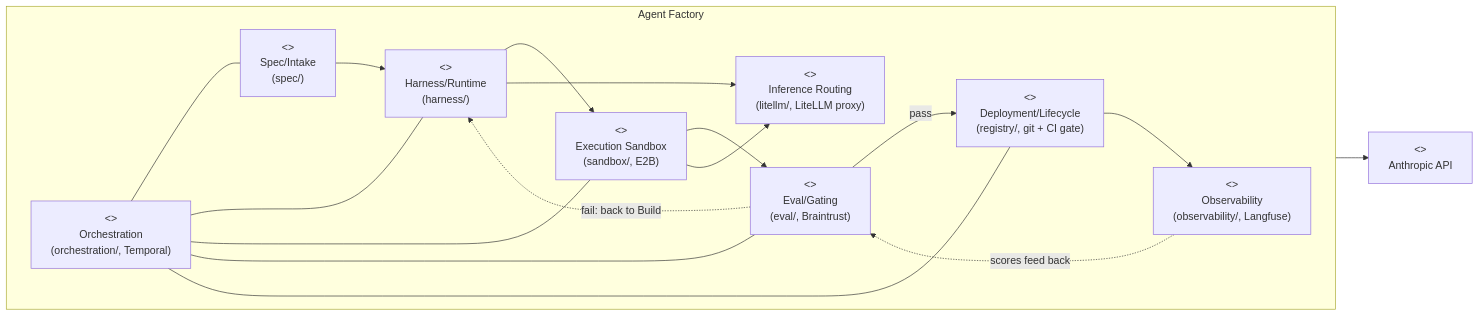
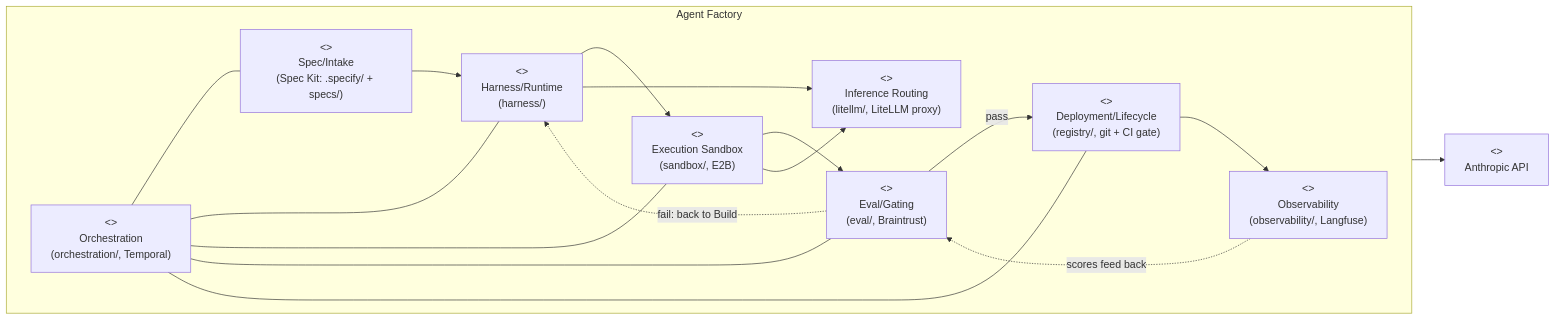
Before and after one commit to aheumaier/agentic_factory: the first of 2 diagrams in docs/20-c4-container.md, drawn with Mermaid. The commit also changed other lines of this file and 12 other files, not shown here.

First line of the commit message:
docs: move architecture docs under docs/, refresh status vs. real pipeline wiring, add multi-agent pipeline design proposal

````diff
--- a/docs/20-c4-container.md
+++ b/docs/20-c4-container.md
@@ -13,31 +16,31 @@
 ```mermaid
 flowchart LR
     subgraph factory["Agent Factory"]
         direction LR
-        spec["<<Container>>\nSpec/Intake\n(spec/)"]
+        spec["<<Container>>\nSpec/Intake\n(Spec Kit: .specify/ + specs/)"]
         harness["<<Container>>\nHarness/Runtime\n(harness/)"]
         sandbox["<<Container>>\nExecution Sandbox\n(sandbox/, E2B)"]
         litellm["<<Container>>\nInference Routing\n(litellm/, LiteLLM proxy)"]
         orch["<<Container>>\nOrchestration\n(orchestration/, Temporal)"]
         evalgate["<<Container>>\nEval/Gating\n(eval/, Braintrust)"]
         registry["<<Container>>\nDeployment/Lifecycle\n(registry/, git + CI gate)"]
         obs["<<Container>>\nObservability\n(observability/, Langfuse)"]
     end
     anthropic["<<System>>\nAnthropic API"]
 
     spec --> harness
     harness --> sandbox
     sandbox --> evalgate
     evalgate -->|"pass"| registry
     evalgate -.->|"fail: back to Build"| harness
     registry --> obs
     orch --- spec
     orch --- harness
     orch --- sandbox
     orch --- evalgate
     orch --- registry
     harness --> litellm
     sandbox --> litellm
     litellm --> anthropic
     obs -.->|"scores feed back"| evalgate
 ```
````
